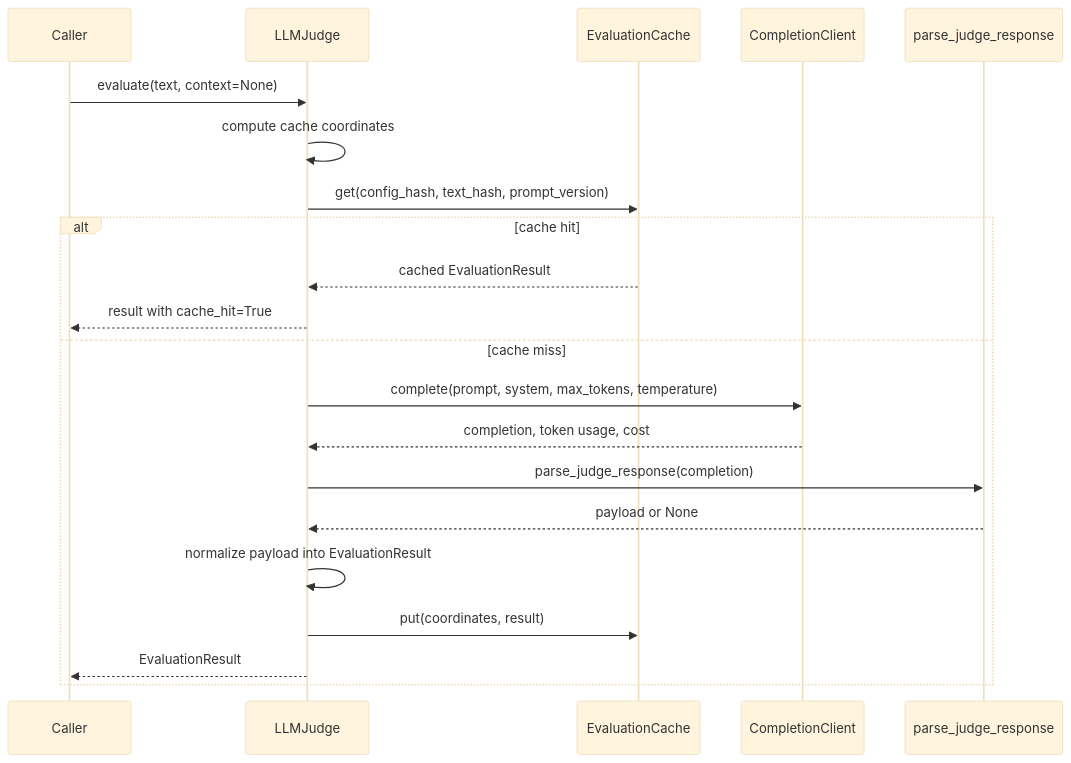
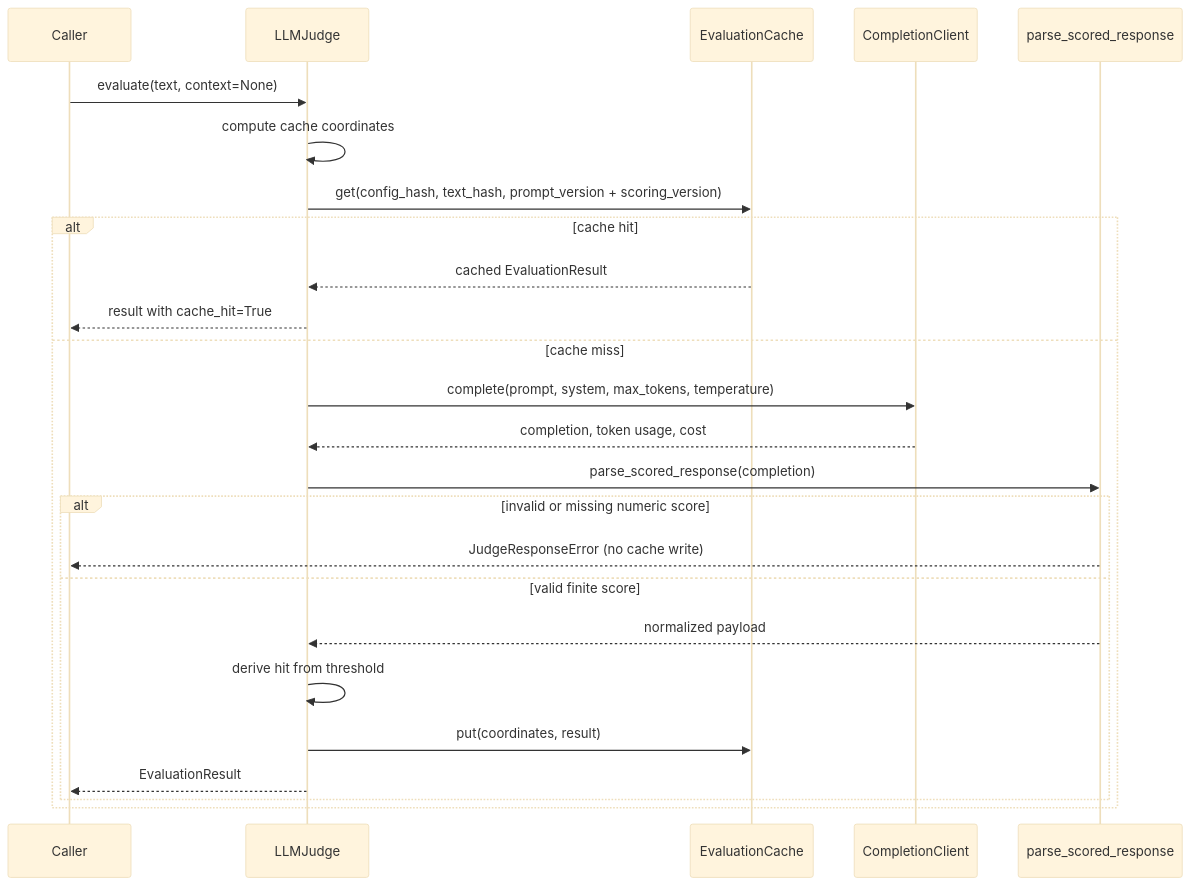
Before and after one commit to prathibha-github/compass: the first of 4 diagrams in ARCHITECTURE.md, drawn with Mermaid (base theme). The commit also changed other lines of this file and 17 other files, not shown here.

````diff
--- a/ARCHITECTURE.md
+++ b/ARCHITECTURE.md
@@ -31,24 +31,28 @@
 ```mermaid
 sequenceDiagram
     participant Caller
     participant Judge as LLMJudge
     participant Cache as EvaluationCache
     participant Client as CompletionClient
-    participant Parser as parse_judge_response
+    participant Parser as parse_scored_response
 
     Caller->>Judge: evaluate(text, context=None)
     Judge->>Judge: compute cache coordinates
-    Judge->>Cache: get(config_hash, text_hash, prompt_version)
+    Judge->>Cache: get(config_hash, text_hash, prompt_version + scoring_version)
     alt cache hit
         Cache-->>Judge: cached EvaluationResult
         Judge-->>Caller: result with cache_hit=True
     else cache miss
         Judge->>Client: complete(prompt, system, max_tokens, temperature)
         Client-->>Judge: completion, token usage, cost
-        Judge->>Parser: parse_judge_response(completion)
-        Parser-->>Judge: payload or None
-        Judge->>Judge: normalize payload into EvaluationResult
-        Judge->>Cache: put(coordinates, result)
-        Judge-->>Caller: EvaluationResult
+        Judge->>Parser: parse_scored_response(completion)
+        alt invalid or missing numeric score
+            Parser-->>Caller: JudgeResponseError (no cache write)
+        else valid finite score
+            Parser-->>Judge: normalized payload
+            Judge->>Judge: derive hit from threshold
+            Judge->>Cache: put(coordinates, result)
+            Judge-->>Caller: EvaluationResult
+        end
     end
 ```
````
